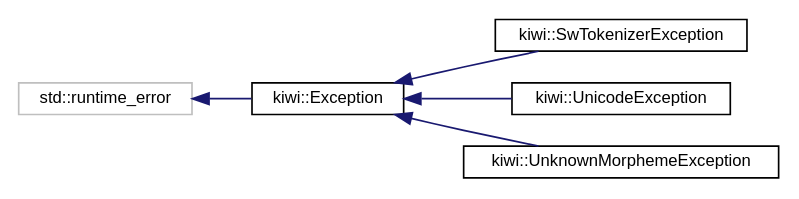
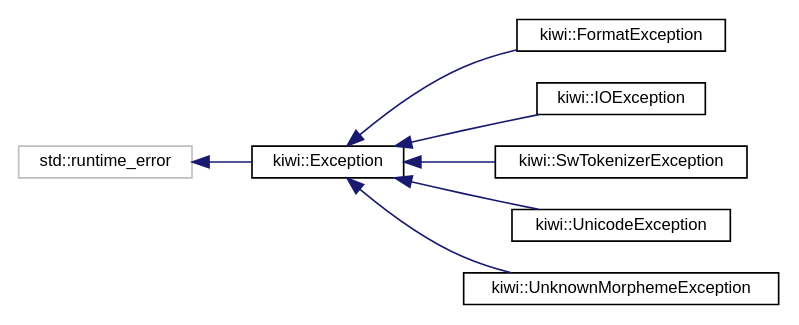
One commit to bab2min/Kiwi changed the diagram in inherit_graph_15.dot. Above: the diagram before and after it, drawn with Graphviz. The commit also changed 98 other files, not shown here.

```diff
--- a/inherit_graph_15.dot
+++ b/inherit_graph_15.dot
@@ -1,16 +1,20 @@
 digraph "Graphical Class Hierarchy"
 {
  // LATEX_PDF_SIZE
   edge [fontname="Helvetica",fontsize="10",labelfontname="Helvetica",labelfontsize="10"];
   node [fontname="Helvetica",fontsize="10",shape=record];
   rankdir="LR";
   Node91 [label="std::runtime_error",height=0.2,width=0.4,color="grey75", fillcolor="white", style="filled",tooltip=" "];
   Node91 -> Node0 [dir="back",color="midnightblue",fontsize="10",style="solid",fontname="Helvetica"];
   Node0 [label="kiwi::Exception",height=0.2,width=0.4,color="black", fillcolor="white", style="filled",URL="$classkiwi_1_1Exception.html",tooltip=" "];
   Node0 -> Node1 [dir="back",color="midnightblue",fontsize="10",style="solid",fontname="Helvetica"];
-  Node1 [label="kiwi::SwTokenizerException",height=0.2,width=0.4,color="black", fillcolor="white", style="filled",URL="$classkiwi_1_1SwTokenizerException.html",tooltip=" "];
+  Node1 [label="kiwi::FormatException",height=0.2,width=0.4,color="black", fillcolor="white", style="filled",URL="$classkiwi_1_1FormatException.html",tooltip=" "];
   Node0 -> Node2 [dir="back",color="midnightblue",fontsize="10",style="solid",fontname="Helvetica"];
-  Node2 [label="kiwi::UnicodeException",height=0.2,width=0.4,color="black", fillcolor="white", style="filled",URL="$classkiwi_1_1UnicodeException.html",tooltip=" "];
+  Node2 [label="kiwi::IOException",height=0.2,width=0.4,color="black", fillcolor="white", style="filled",URL="$classkiwi_1_1IOException.html",tooltip=" "];
   Node0 -> Node3 [dir="back",color="midnightblue",fontsize="10",style="solid",fontname="Helvetica"];
-  Node3 [label="kiwi::UnknownMorphemeException",height=0.2,width=0.4,color="black", fillcolor="white", style="filled",URL="$classkiwi_1_1UnknownMorphemeException.html",tooltip=" "];
+  Node3 [label="kiwi::SwTokenizerException",height=0.2,width=0.4,color="black", fillcolor="white", style="filled",URL="$classkiwi_1_1SwTokenizerException.html",tooltip=" "];
+  Node0 -> Node4 [dir="back",color="midnightblue",fontsize="10",style="solid",fontname="Helvetica"];
+  Node4 [label="kiwi::UnicodeException",height=0.2,width=0.4,color="black", fillcolor="white", style="filled",URL="$classkiwi_1_1UnicodeException.html",tooltip=" "];
+  Node0 -> Node5 [dir="back",color="midnightblue",fontsize="10",style="solid",fontname="Helvetica"];
+  Node5 [label="kiwi::UnknownMorphemeException",height=0.2,width=0.4,color="black", fillcolor="white", style="filled",URL="$classkiwi_1_1UnknownMorphemeException.html",tooltip=" "];
 }
```
